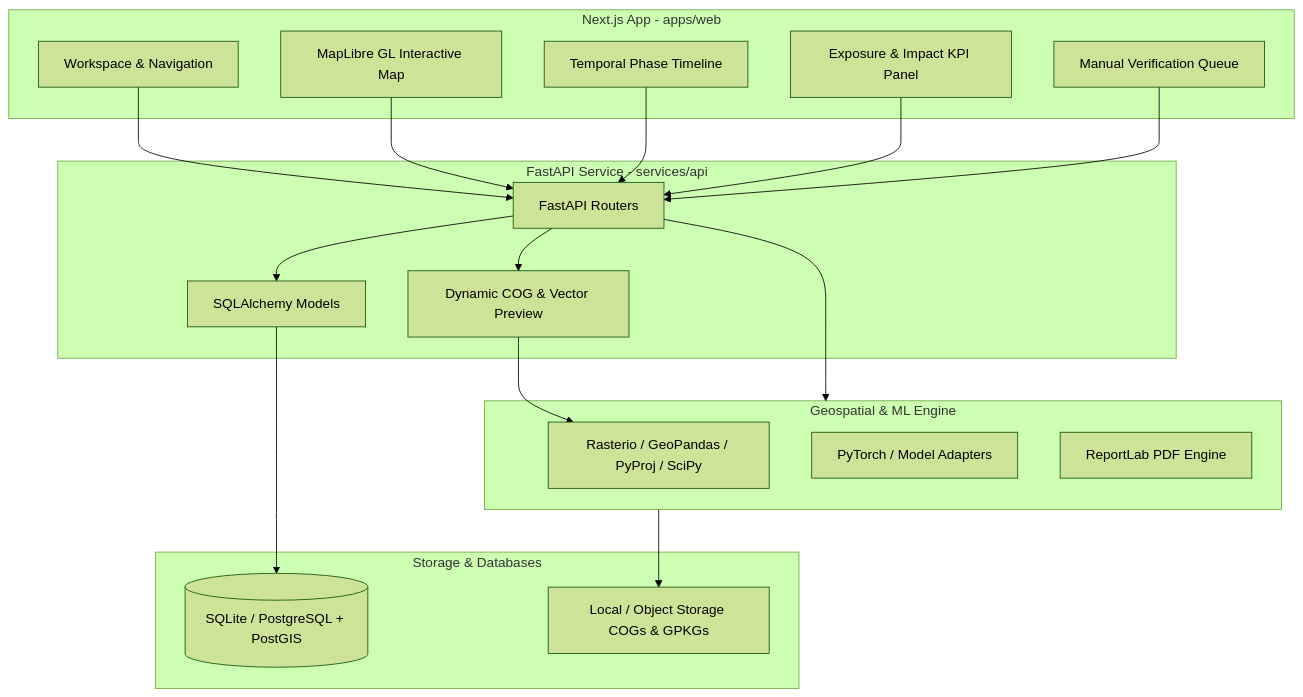
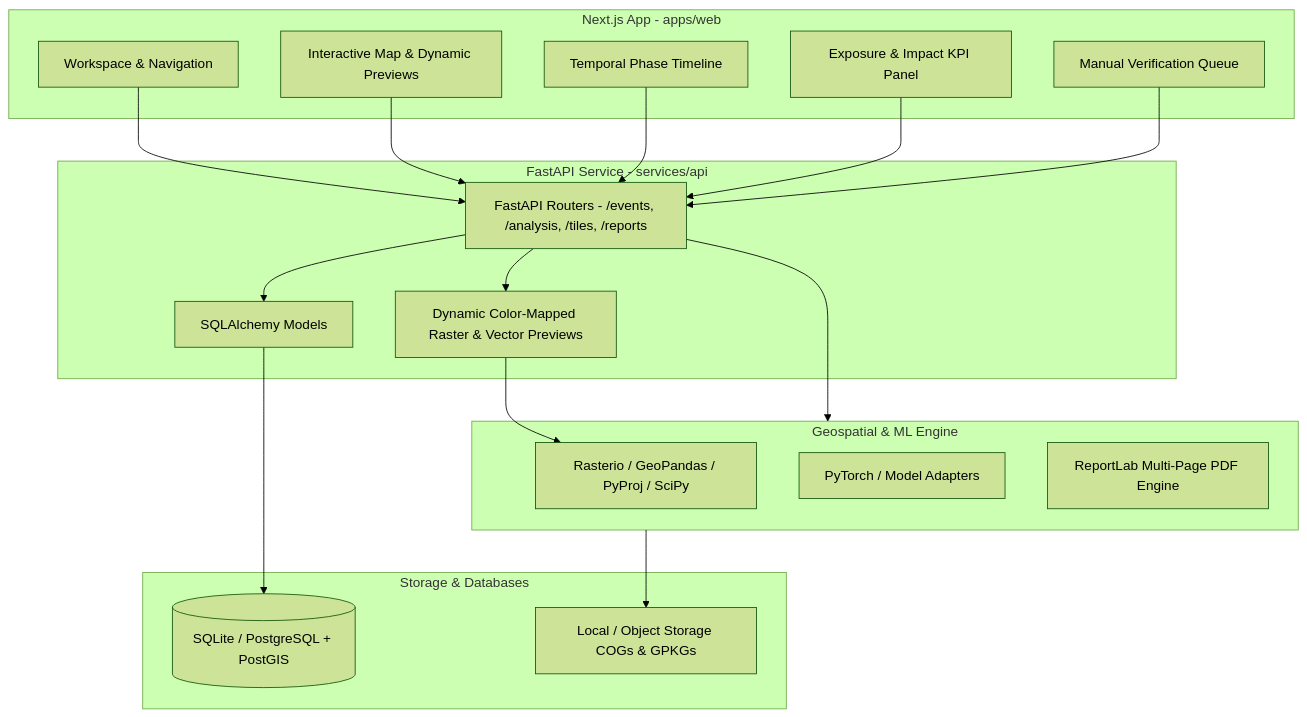
The second of 2 diagrams in README.md (ranajahanzaib/flood-impact-assessment), drawn with Mermaid (forest theme) before and after one commit. The commit also changed other lines of this file and 9 other files, not shown here.

First line of the commit message:
docs(readme): add visual showcase gallery, high-res screenshots, and architecture diagrams

````diff
--- a/README.md
+++ b/README.md
@@ -46,32 +89,32 @@
 ```mermaid
 graph TB
     subgraph Frontend [Next.js App - apps/web]
         UI[Workspace & Navigation]
-        MAP[MapLibre GL Interactive Map]
+        MAP[Interactive Map & Dynamic Previews]
         TIME[Temporal Phase Timeline]
         METRIC[Exposure & Impact KPI Panel]
         REV[Manual Verification Queue]
     end
 
     subgraph API [FastAPI Service - services/api]
-        ROUTER[FastAPI Routers]
+        ROUTER[FastAPI Routers - /events, /analysis, /tiles, /reports]
         DB_LAYER[SQLAlchemy Models]
-        TILE[Dynamic COG & Vector Preview]
+        PREVIEW[Dynamic Color-Mapped Raster & Vector Previews]
     end
 
     subgraph ProcessingEngine [Geospatial & ML Engine]
         GEO[Rasterio / GeoPandas / PyProj / SciPy]
         ML[PyTorch / Model Adapters]
-        REPORTS[ReportLab PDF Engine]
+        REPORTS[ReportLab Multi-Page PDF Engine]
     end
 
     subgraph Storage [Storage & Databases]
         SQLITE[(SQLite / PostgreSQL + PostGIS)]
         DATA_STORE[Local / Object Storage COGs & GPKGs]
     end
 
     UI & MAP & TIME & METRIC & REV --> ROUTER
     ROUTER --> DB_LAYER --> SQLITE
-    ROUTER --> TILE --> GEO
+    ROUTER --> PREVIEW --> GEO
     ROUTER --> ProcessingEngine --> DATA_STORE
 ```
````
